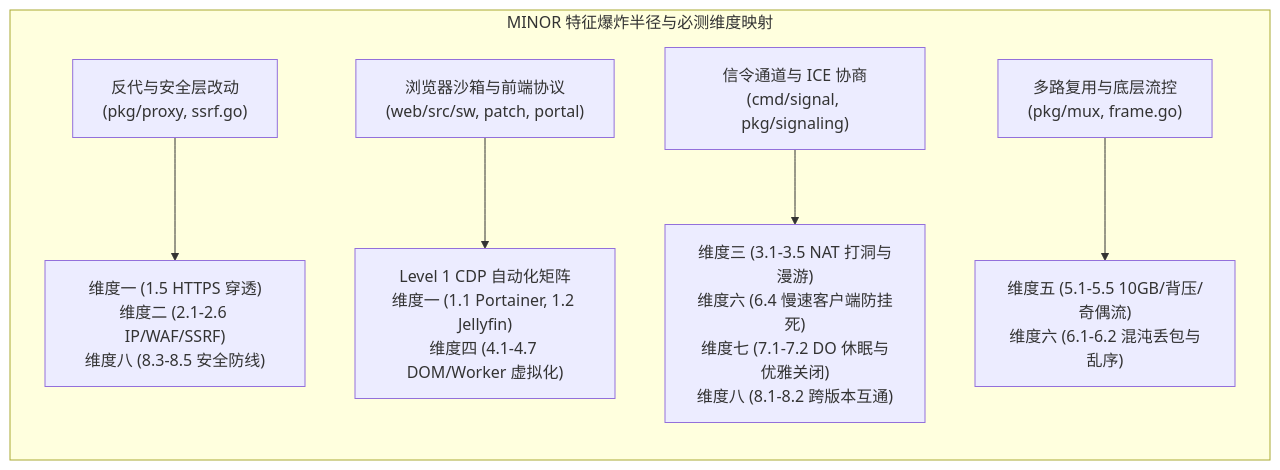
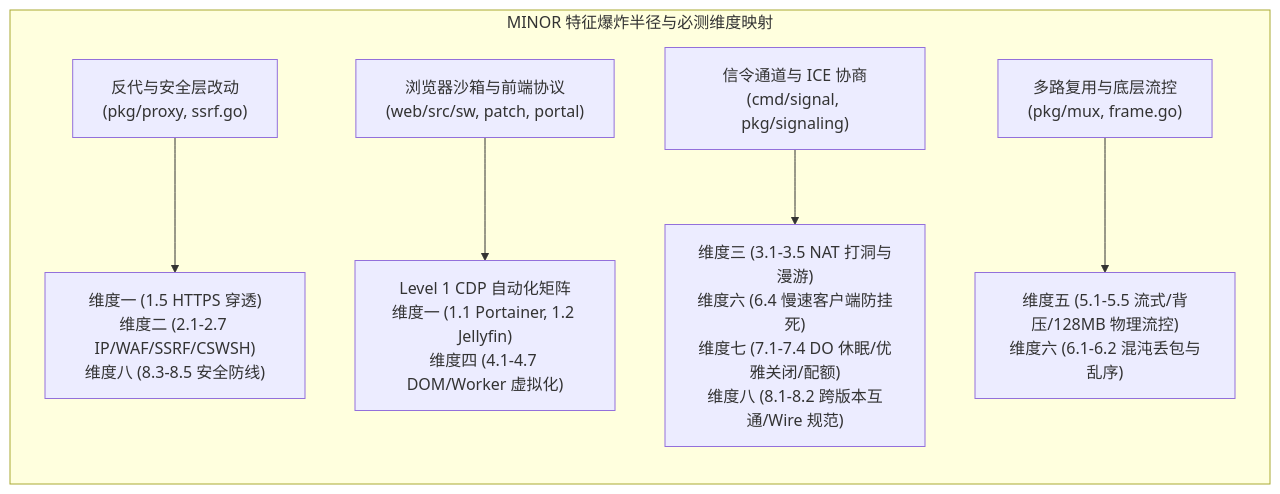
Before and after one commit to BeingNoAbility/WebRTC-Gateway: the second of 4 diagrams in docs/TESTING_CHECKLIST.md, drawn with Mermaid. The commit also changed other lines of this file and 8 other files, not shown here.

````diff
--- a/docs/TESTING_CHECKLIST.md
+++ b/docs/TESTING_CHECKLIST.md
@@ -37,9 +37,9 @@
 ```mermaid
 flowchart LR
     subgraph Blast_Radius_Mapping["MINOR 特征爆炸半径与必测维度映射"]
-        C1["反代与安全层改动<br/>(pkg/proxy, ssrf.go)"] --> R1["维度一 (1.5 HTTPS 穿透)<br/>维度二 (2.1-2.6 IP/WAF/SSRF)<br/>维度八 (8.3-8.5 安全防线)"]
+        C1["反代与安全层改动<br/>(pkg/proxy, ssrf.go)"] --> R1["维度一 (1.5 HTTPS 穿透)<br/>维度二 (2.1-2.7 IP/WAF/SSRF/CSWSH)<br/>维度八 (8.3-8.5 安全防线)"]
         C2["浏览器沙箱与前端协议<br/>(web/src/sw, patch, portal)"] --> R2["Level 1 CDP 自动化矩阵<br/>维度一 (1.1 Portainer, 1.2 Jellyfin)<br/>维度四 (4.1-4.7 DOM/Worker 虚拟化)"]
-        C3["信令通道与 ICE 协商<br/>(cmd/signal, pkg/signaling)"] --> R3["维度三 (3.1-3.5 NAT 打洞与漫游)<br/>维度六 (6.4 慢速客户端防挂死)<br/>维度七 (7.1-7.2 DO 休眠与优雅关闭)<br/>维度八 (8.1-8.2 跨版本互通)"]
-        C4["多路复用与底层流控<br/>(pkg/mux, frame.go)"] --> R4["维度五 (5.1-5.5 10GB/背压/奇偶流)<br/>维度六 (6.1-6.2 混沌丢包与乱序)"]
+        C3["信令通道与 ICE 协商<br/>(cmd/signal, pkg/signaling)"] --> R3["维度三 (3.1-3.5 NAT 打洞与漫游)<br/>维度六 (6.4 慢速客户端防挂死)<br/>维度七 (7.1-7.4 DO 休眠/优雅关闭/配额)<br/>维度八 (8.1-8.2 跨版本互通/Wire 规范)"]
+        C4["多路复用与底层流控<br/>(pkg/mux, frame.go)"] --> R4["维度五 (5.1-5.5 流式/背压/128MB 物理流控)<br/>维度六 (6.1-6.2 混沌丢包与乱序)"]
     end
 ```
````
